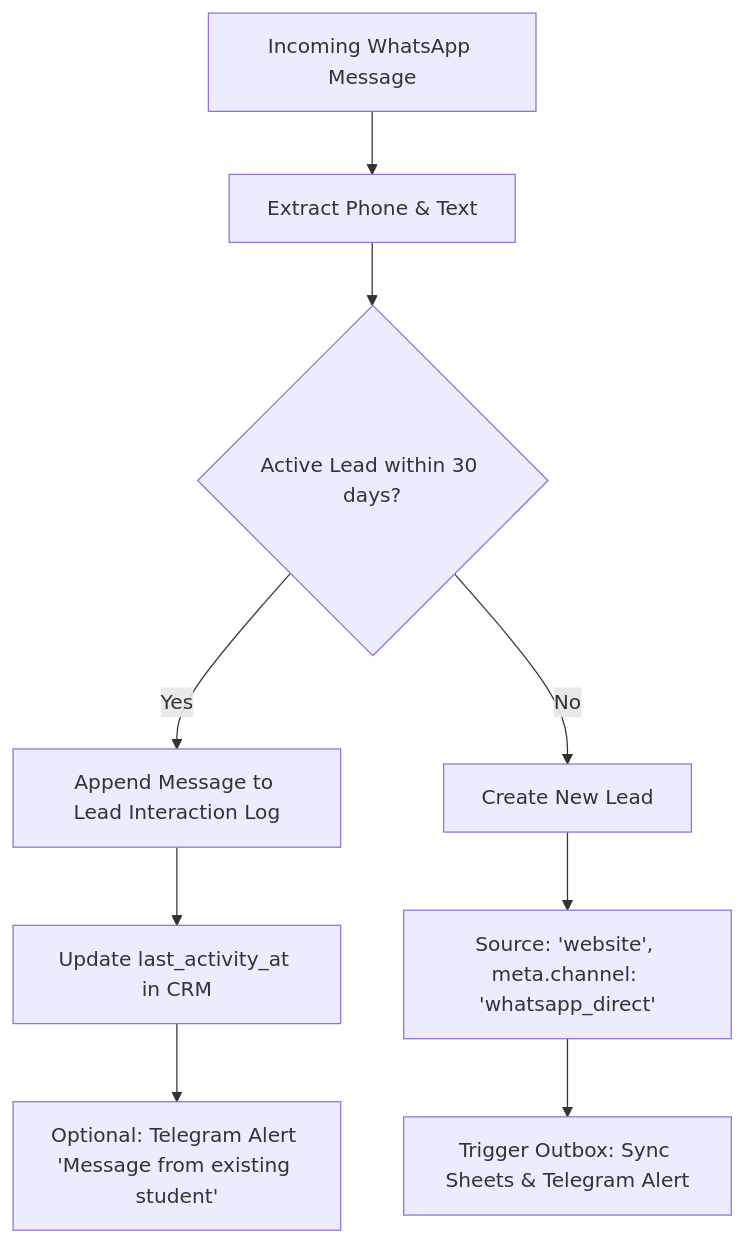
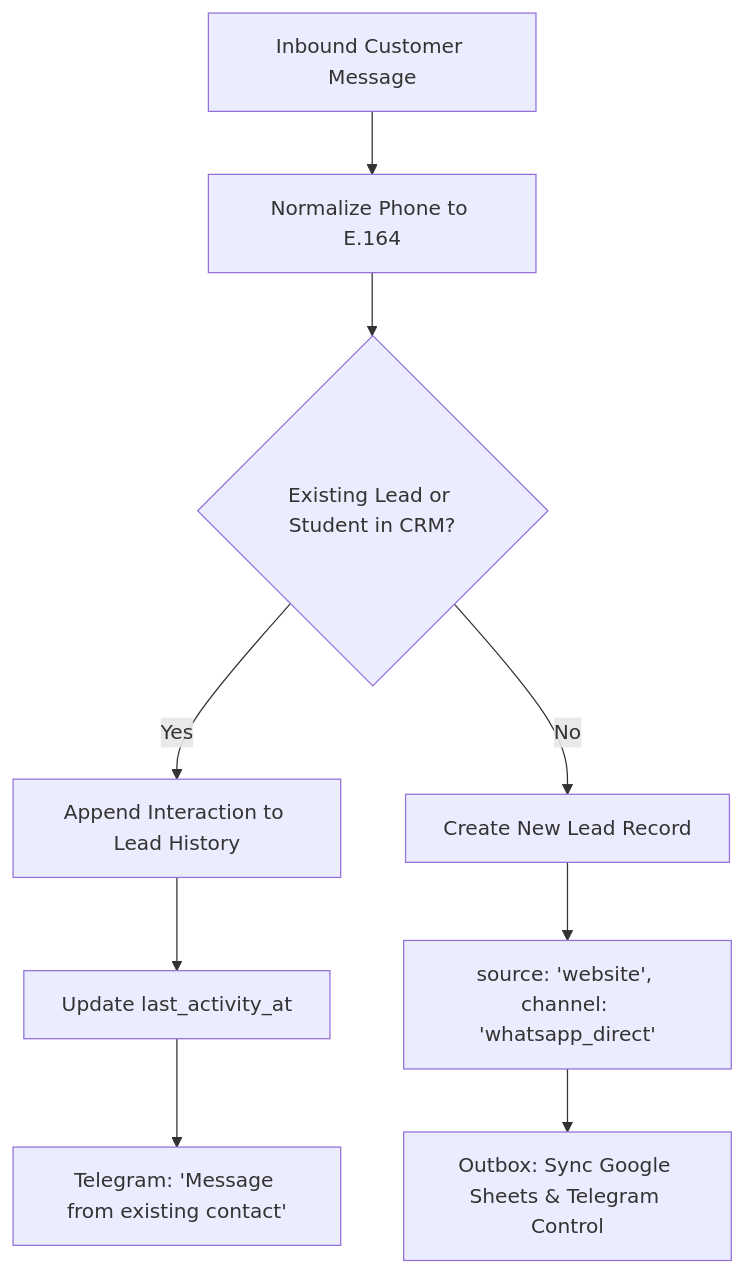
Before and after one commit to Naaaupkdme/yogjivan: the diagram in docs/ops/whatsapp-inbound-architecture.md, drawn with Mermaid. The commit also changed other lines of this file and 12 other files, not shown here.

````diff
--- a/docs/ops/whatsapp-inbound-architecture.md
+++ b/docs/ops/whatsapp-inbound-architecture.md
@@ -92,11 +117,11 @@
 ```mermaid
 flowchart TD
-    A[Incoming WhatsApp Message] --> B[Extract Phone & Text]
-    B --> C{Active Lead within 30 days?}
-    C -->|Yes| D[Append Message to Lead Interaction Log]
-    D --> E[Update last_activity_at in CRM]
-    E --> F[Optional: Telegram Alert 'Message from existing student']
-    C -->|No| G[Create New Lead]
-    G --> H[Source: 'website', meta.channel: 'whatsapp_direct']
-    H --> I[Trigger Outbox: Sync Sheets & Telegram Alert]
+    A[Inbound Customer Message] --> B[Normalize Phone to E.164]
+    B --> C{Existing Lead or Student in CRM?}
+    C -->|Yes| D[Append Interaction to Lead History]
+    D --> E[Update last_activity_at]
+    E --> F[Telegram: 'Message from existing contact']
+    C -->|No| G[Create New Lead Record]
+    G --> H[source: 'website', channel: 'whatsapp_direct']
+    H --> I[Outbox: Sync Google Sheets & Telegram Control]
 ```
````
